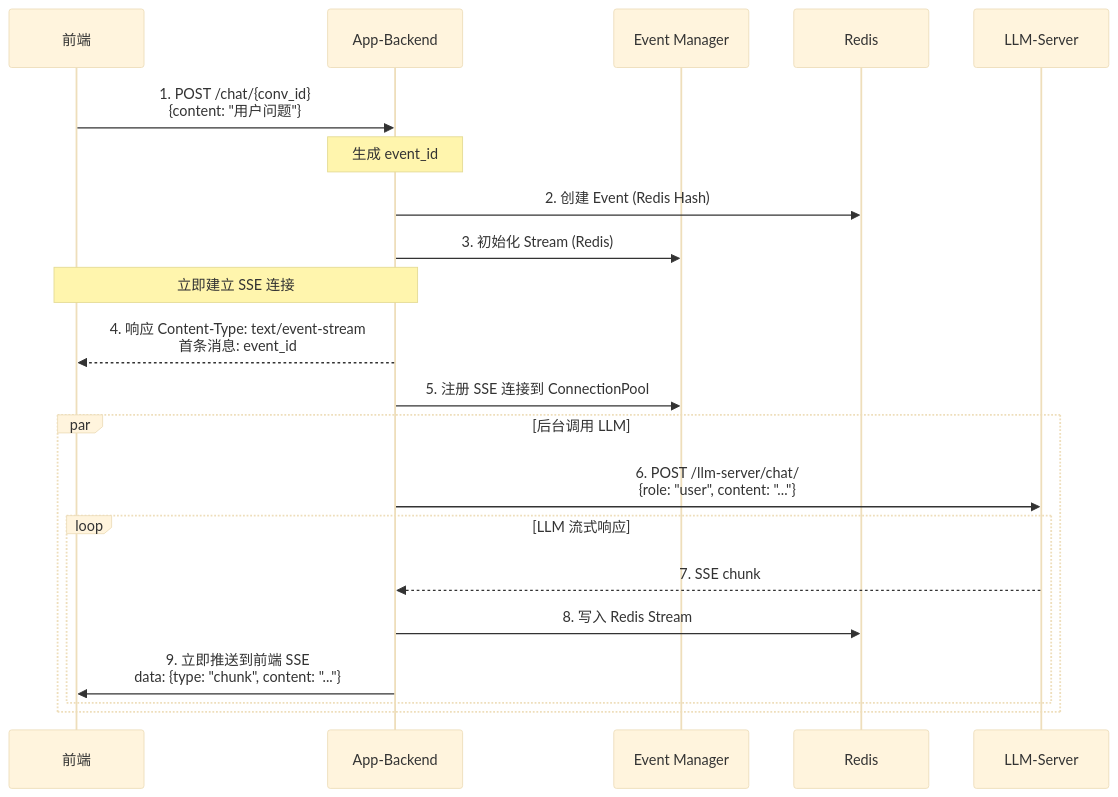
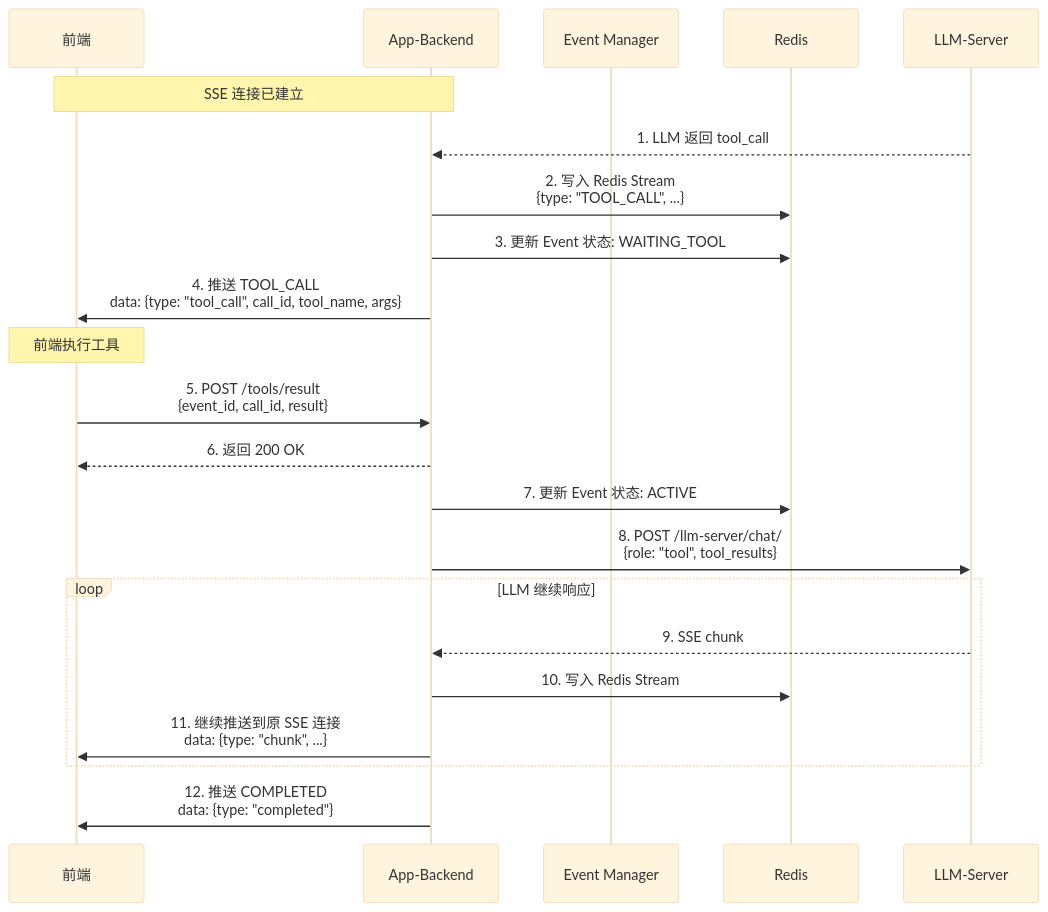
One commit to yingjianzh/iodraw-files changed the diagram in all/未命名-10.md. Above: the diagram before and after it, drawn with Mermaid (base theme).

Commit message:
2025-12-22 14:59:21 update

````diff
--- a/all/未命名-10.md
+++ b/all/未命名-10.md
@@ -1,30 +1,33 @@
 ```mermaid
 sequenceDiagram
     participant F as 前端
     participant B as App-Backend
     participant E as Event Manager
     participant R as Redis
     participant L as LLM-Server
 
-    F->>B: 1. POST /chat/{conv_id}<br/>{content: "用户问题"}
+    Note over F,B: SSE 连接已建立
     
-    Note over B: 生成 event_id
+    L-->>B: 1. LLM 返回 tool_call
     
-    B->>R: 2. 创建 Event (Redis Hash)
-    B->>E: 3. 初始化 Stream (Redis)
+    B->>R: 2. 写入 Redis Stream<br/>{type: "TOOL_CALL", ...}
+    B->>R: 3. 更新 Event 状态: WAITING_TOOL
     
-    Note over B,F: 立即建立 SSE 连接
-    B-->>F: 4. 响应 Content-Type: text/event-stream<br/>首条消息: event_id
+    B->>F: 4. 推送 TOOL_CALL<br/>data: {type: "tool_call", call_id, tool_name, args}
     
-    B->>E: 5. 注册 SSE 连接到 ConnectionPool
+    Note over F: 前端执行工具
     
-    par 后台调用 LLM
-        B->>L: 6. POST /llm-server/chat/<br/>{role: "user", content: "..."}
-        
-        loop LLM 流式响应
-            L-->>B: 7. SSE chunk
-            B->>R: 8. 写入 Redis Stream
-            B->>F: 9. 立即推送到前端 SSE<br/>data: {type: "chunk", content: "..."}
-        end
+    F->>B: 5. POST /tools/result<br/>{event_id, call_id, result}
+    B-->>F: 6. 返回 200 OK
+    
+    B->>R: 7. 更新 Event 状态: ACTIVE
+    B->>L: 8. POST /llm-server/chat/<br/>{role: "tool", tool_results}
+    
+    loop LLM 继续响应
+        L-->>B: 9. SSE chunk
+        B->>R: 10. 写入 Redis Stream
+        B->>F: 11. 继续推送到原 SSE 连接<br/>data: {type: "chunk", ...}
     end
+    
+    B->>F: 12. 推送 COMPLETED<br/>data: {type: "completed"}
 ```
````
